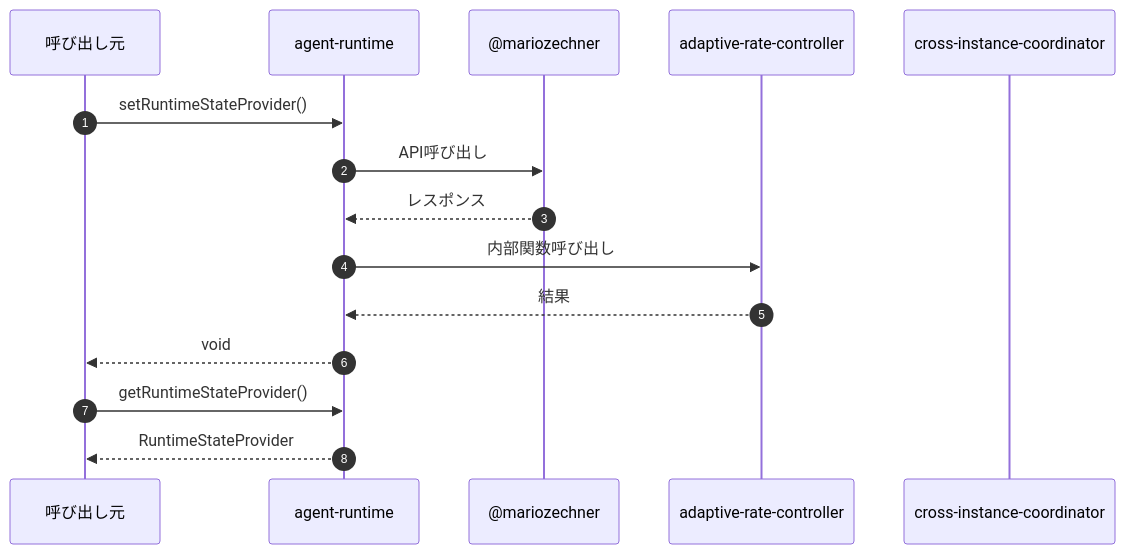
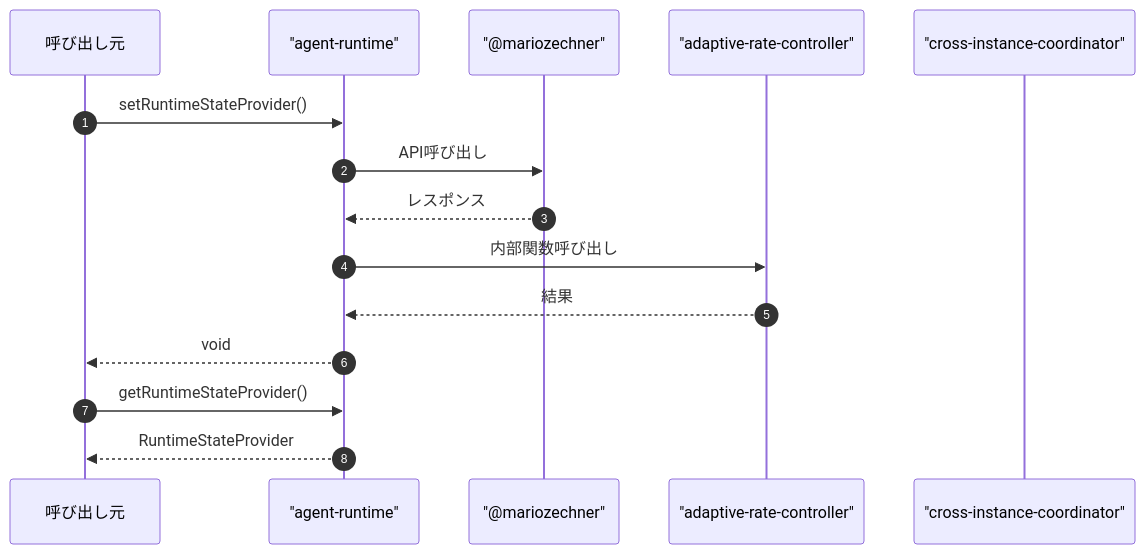
The fourth of 4 diagrams in ABDD/.pi/extensions/agent-runtime.md (Mekann2904/mekann), drawn with Mermaid before and after one commit. The commit also changed other lines of this file and 152 other files, not shown here.

First line of the commit message:
fix: Mermaid図のラベル内の特殊文字をエスケープする

````diff
--- a/ABDD/.pi/extensions/agent-runtime.md
+++ b/ABDD/.pi/extensions/agent-runtime.md
@@ -241,19 +241,19 @@
 ```mermaid
 sequenceDiagram
   autonumber
   participant Caller as 呼び出し元
-  participant agent_runtime as agent-runtime
-  participant _mariozechner as @mariozechner
-  participant adaptive_rate_controller as adaptive-rate-controller
-  participant cross_instance_coordinator as cross-instance-coordinator
+  participant agent_runtime as "agent-runtime"
+  participant _mariozechner as "@mariozechner"
+  participant adaptive_rate_controller as "adaptive-rate-controller"
+  participant cross_instance_coordinator as "cross-instance-coordinator"
 
   Caller->>agent_runtime: setRuntimeStateProvider()
   agent_runtime->>_mariozechner: API呼び出し
   _mariozechner-->>agent_runtime: レスポンス
   agent_runtime->>adaptive_rate_controller: 内部関数呼び出し
   adaptive_rate_controller-->>agent_runtime: 結果
   agent_runtime-->>Caller: void
 
   Caller->>agent_runtime: getRuntimeStateProvider()
   agent_runtime-->>Caller: RuntimeStateProvider
 ```
````
